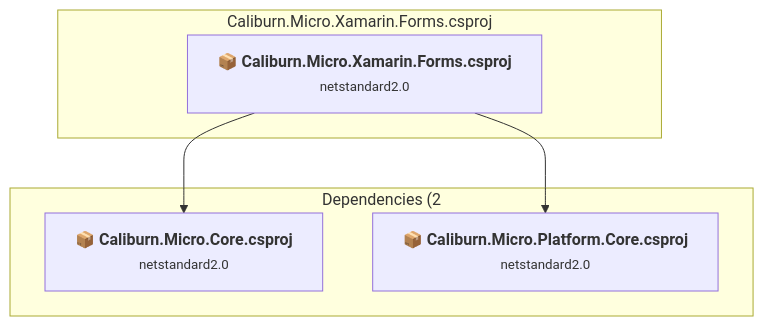
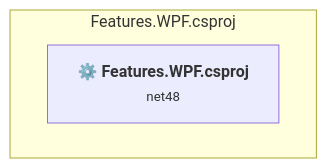
One commit to gerfen/Caliburn.Micro changed the eighth of 8 diagrams in .github/upgrades/scenarios/dotnet-version-upgrade/assessment.md. Above: the diagram before and after it, drawn with Mermaid. The commit also changed other lines of this file and 16 other files, not shown here.

````diff
--- a/.github/upgrades/scenarios/dotnet-version-upgrade/assessment.md
+++ b/.github/upgrades/scenarios/dotnet-version-upgrade/assessment.md
@@ -817,16 +421,8 @@
 ```mermaid
 flowchart TB
-    subgraph current["Caliburn.Micro.Xamarin.Forms.csproj"]
-        MAIN["<b>📦&nbsp;Caliburn.Micro.Xamarin.Forms.csproj</b><br/><small>netstandard2.0</small>"]
-        click MAIN "#caliburnmicroxamarinformscaliburnmicroxamarinformscsproj"
+    subgraph current["Features.WPF.csproj"]
+        MAIN["<b>⚙️&nbsp;Features.WPF.csproj</b><br/><small>net48</small>"]
+        click MAIN "#featureswpffeatureswpfcsproj"
     end
-    subgraph downstream["Dependencies (2"]
-        P1["<b>📦&nbsp;Caliburn.Micro.Core.csproj</b><br/><small>netstandard2.0</small>"]
-        P5["<b>📦&nbsp;Caliburn.Micro.Platform.Core.csproj</b><br/><small>netstandard2.0</small>"]
-        click P1 "#caliburnmicrocorecaliburnmicrocorecsproj"
-        click P5 "#caliburnmicroplatformcorecaliburnmicroplatformcorecsproj"
-    end
-    MAIN --> P1
-    MAIN --> P5
 
 ```
````
